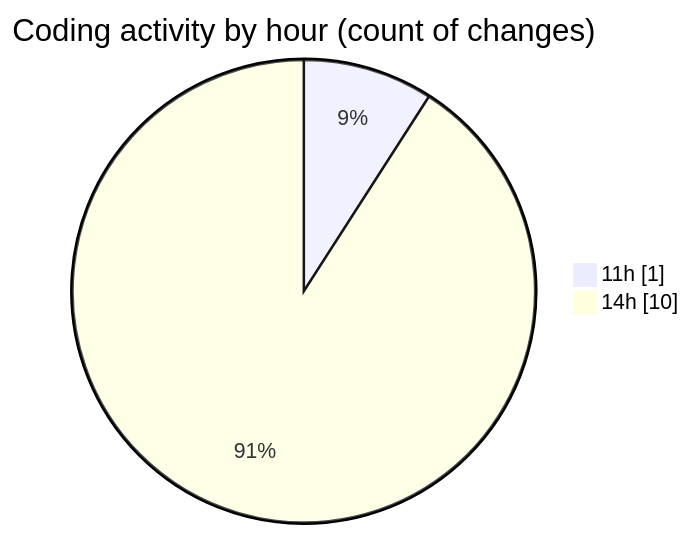
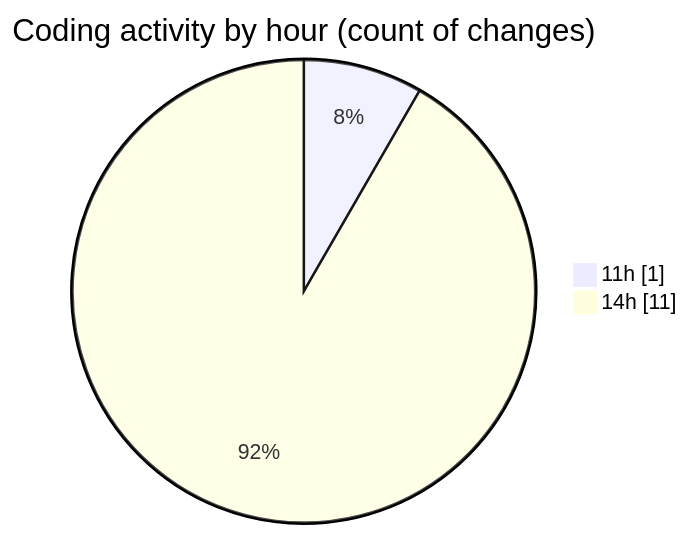
The second of 2 diagrams in 2025-12-29/budget_front_nest/README.md (igalym/code-tracking), drawn with Mermaid before and after one commit. The commit also changed other lines of this file and 1 other file, not shown here.

````diff
--- a/2025-12-29/budget_front_nest/README.md
+++ b/2025-12-29/budget_front_nest/README.md
@@ -32,6 +32,6 @@
 ```mermaid
 pie showData
 title Coding activity by hour (count of changes)
 "11h" : 1
-"14h" : 10
+"14h" : 11
 ```
````
